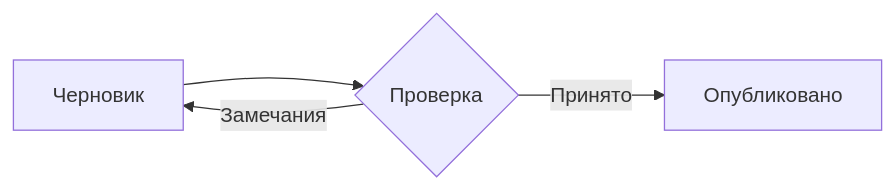
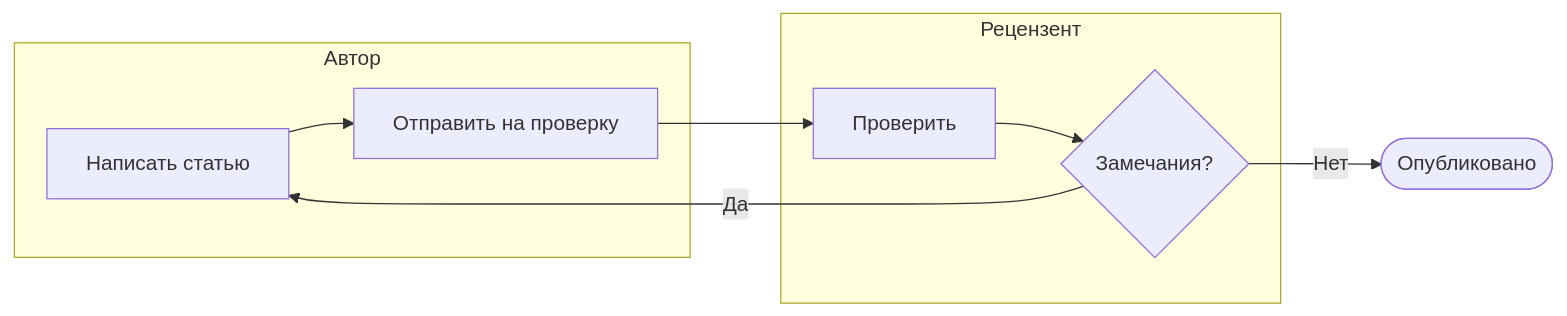
The diagram in docs/index.md (DmitryKhilko/sps), drawn with Mermaid before and after one commit. The commit also changed other lines of this file, not shown here.

Commit message:
Проба схем

````diff
--- a/docs/index.md
+++ b/docs/index.md
@@ -30,6 +29,12 @@
 ```mermaid
 flowchart LR
-    A[Черновик] --> B{Проверка}
-    B -->|Принято| C[Опубликовано]
-    B -->|Замечания| A
+    subgraph Автор
+        A[Написать статью] --> B[Отправить на проверку]
+    end
+    subgraph Рецензент
+        C[Проверить] --> D{Замечания?}
+    end
+    B --> C
+    D -->|Да| A
+    D -->|Нет| E([Опубликовано])
 ```
````
